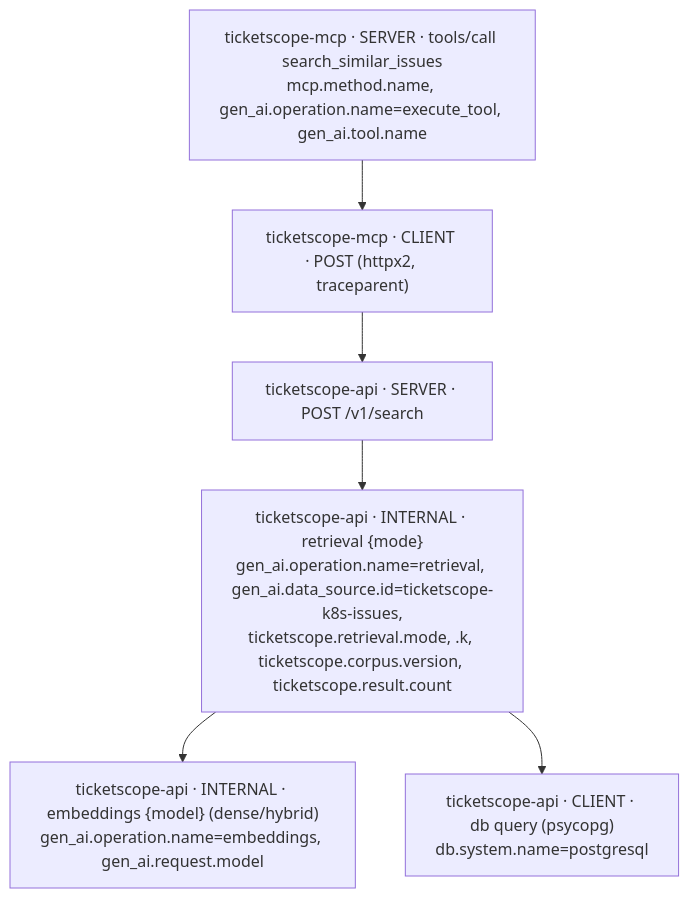
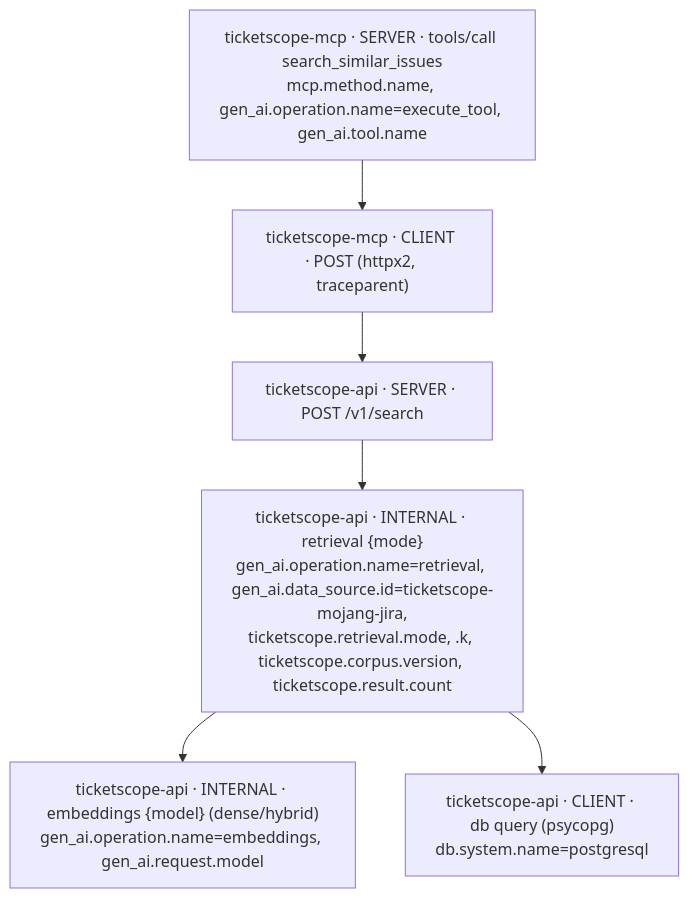
Before and after one commit to Dillon-Based/ticketscope: the second of 5 diagrams in _bmad-output/initiative-ticketscope/architecture-ticketscope/architecture-ticketscope.md, drawn with Mermaid. The commit also changed other lines of this file and 4 other files, not shown here.

First line of the commit message:
spine: amend for the Mojang Jira corpus (spike 12)

````diff
--- a/_bmad-output/initiative-ticketscope/architecture-ticketscope/architecture-ticketscope.md
+++ b/_bmad-output/initiative-ticketscope/architecture-ticketscope/architecture-ticketscope.md
@@ -182,8 +203,8 @@
 ```mermaid
 flowchart TD
   A["ticketscope-mcp · SERVER · tools/call search_similar_issues<br/>mcp.method.name, gen_ai.operation.name=execute_tool, gen_ai.tool.name"] --> B["ticketscope-mcp · CLIENT · POST (httpx2, traceparent)"]
   B --> C["ticketscope-api · SERVER · POST /v1/search"]
-  C --> D["ticketscope-api · INTERNAL · retrieval {mode}<br/>gen_ai.operation.name=retrieval, gen_ai.data_source.id=ticketscope-k8s-issues,<br/>ticketscope.retrieval.mode, .k, ticketscope.corpus.version, ticketscope.result.count"]
+  C --> D["ticketscope-api · INTERNAL · retrieval {mode}<br/>gen_ai.operation.name=retrieval, gen_ai.data_source.id=ticketscope-mojang-jira,<br/>ticketscope.retrieval.mode, .k, ticketscope.corpus.version, ticketscope.result.count"]
   D --> E["ticketscope-api · INTERNAL · embeddings {model} (dense/hybrid)<br/>gen_ai.operation.name=embeddings, gen_ai.request.model"]
   D --> F["ticketscope-api · CLIENT · db query (psycopg)<br/>db.system.name=postgresql"]
 ```
````
